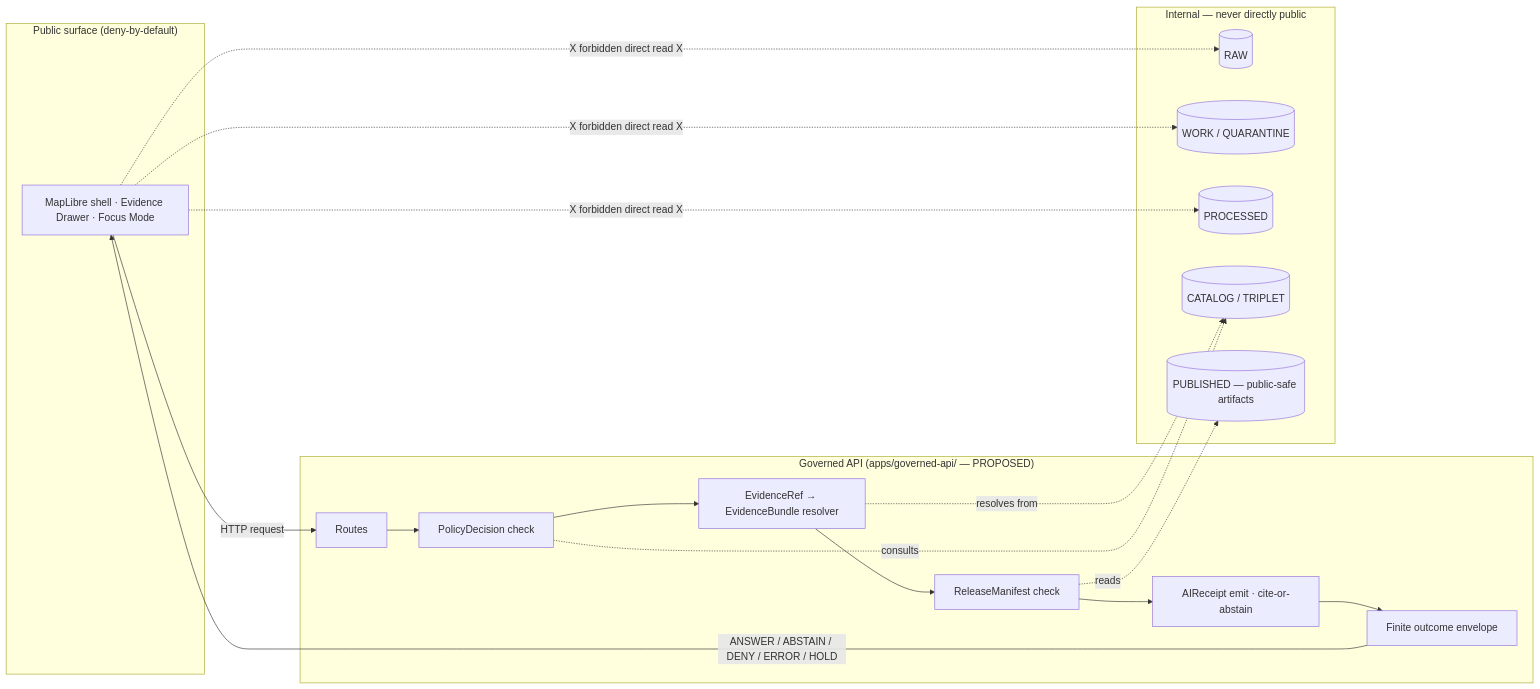
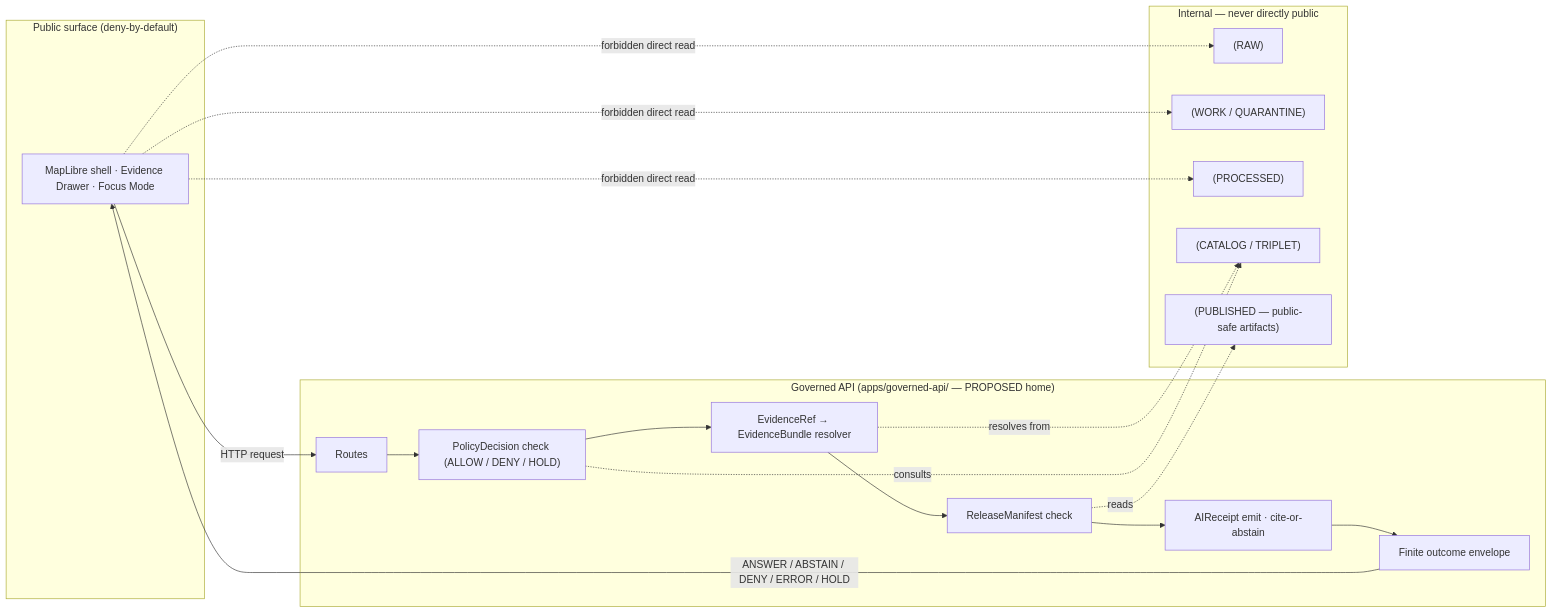
One commit to bartytime4life/Kansas-Frontier-Matrix changed the diagram in docs/domains/flora/API_CONTRACTS.md. Above: the diagram before and after it, drawn with Mermaid. The commit also changed other lines of this file, not shown here.

````diff
--- a/docs/domains/flora/API_CONTRACTS.md
+++ b/docs/domains/flora/API_CONTRACTS.md
@@ -91,39 +101,39 @@
 ```mermaid
 flowchart LR
     subgraph Public["Public surface (deny-by-default)"]
-        UI[MapLibre shell · Evidence Drawer · Focus Mode]
+        UI["MapLibre shell · Evidence Drawer · Focus Mode"]
     end
 
-    subgraph Membrane["Governed API (apps/governed-api/ — PROPOSED)"]
-        ROUTE[Routes]
-        POL[PolicyDecision check]
-        EVD[EvidenceRef → EvidenceBundle resolver]
-        REL[ReleaseManifest check]
-        AIR[AIReceipt emit · cite-or-abstain]
-        ENV[Finite outcome envelope]
+    subgraph Membrane["Governed API (apps/governed-api/ — PROPOSED home)"]
+        ROUTE["Routes"]
+        POL["PolicyDecision check (ALLOW / DENY / HOLD)"]
+        EVD["EvidenceRef → EvidenceBundle resolver"]
+        REL["ReleaseManifest check"]
+        AIR["AIReceipt emit · cite-or-abstain"]
+        ENV["Finite outcome envelope"]
     end
 
     subgraph Internal["Internal — never directly public"]
-        RAW[(RAW)]
-        WQ[(WORK / QUARANTINE)]
-        PROC[(PROCESSED)]
-        CAT[(CATALOG / TRIPLET)]
-        PUB[(PUBLISHED — public-safe artifacts)]
+        RAW["(RAW)"]
+        WQ["(WORK / QUARANTINE)"]
+        PROC["(PROCESSED)"]
+        CAT["(CATALOG / TRIPLET)"]
+        PUB["(PUBLISHED — public-safe artifacts)"]
     end
 
-    UI -->|HTTP request| ROUTE
+    UI -->|"HTTP request"| ROUTE
     ROUTE --> POL
     POL --> EVD
     EVD --> REL
     REL --> AIR
     AIR --> ENV
-    ENV -->|ANSWER / ABSTAIN / DENY / ERROR / HOLD| UI
+    ENV -->|"ANSWER / ABSTAIN / DENY / ERROR / HOLD"| UI
 
     REL -.reads.-> PUB
     EVD -.resolves from.-> CAT
     POL -.consults.-> CAT
 
-    UI -.X forbidden direct read X.-> RAW
-    UI -.X forbidden direct read X.-> WQ
-    UI -.X forbidden direct read X.-> PROC
+    UI -.forbidden direct read.-> RAW
+    UI -.forbidden direct read.-> WQ
+    UI -.forbidden direct read.-> PROC
 ```
````
